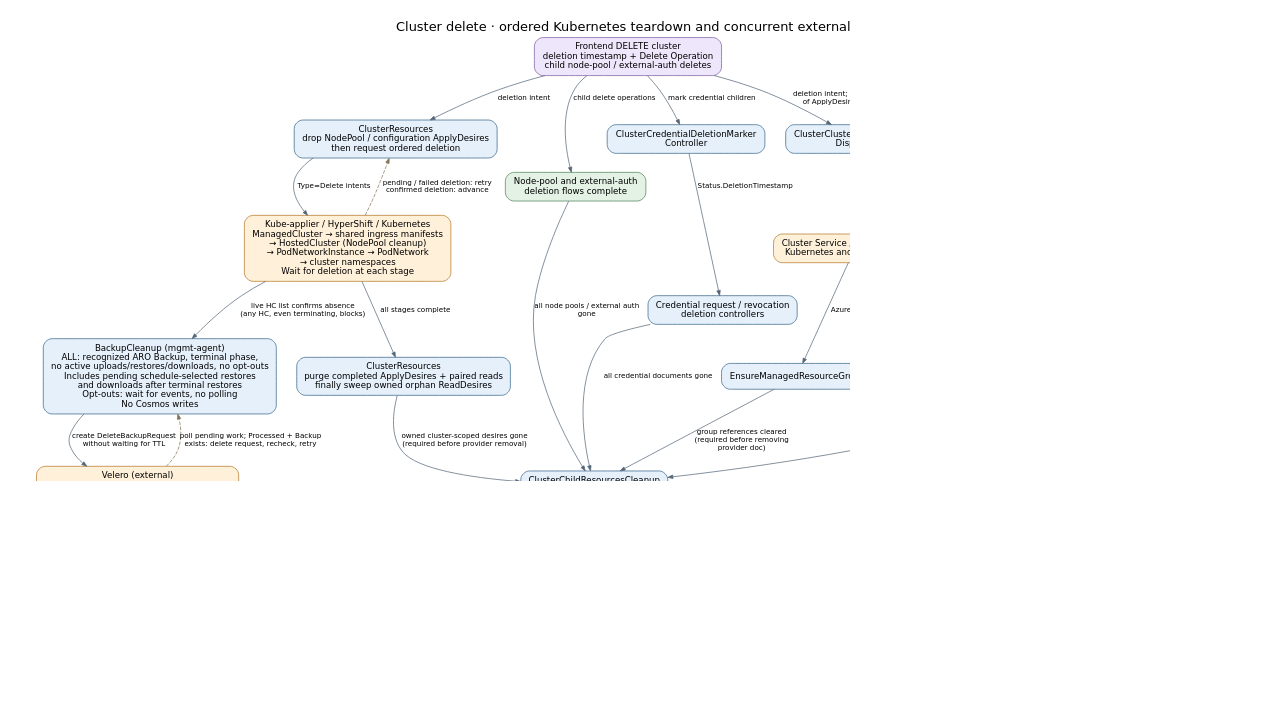
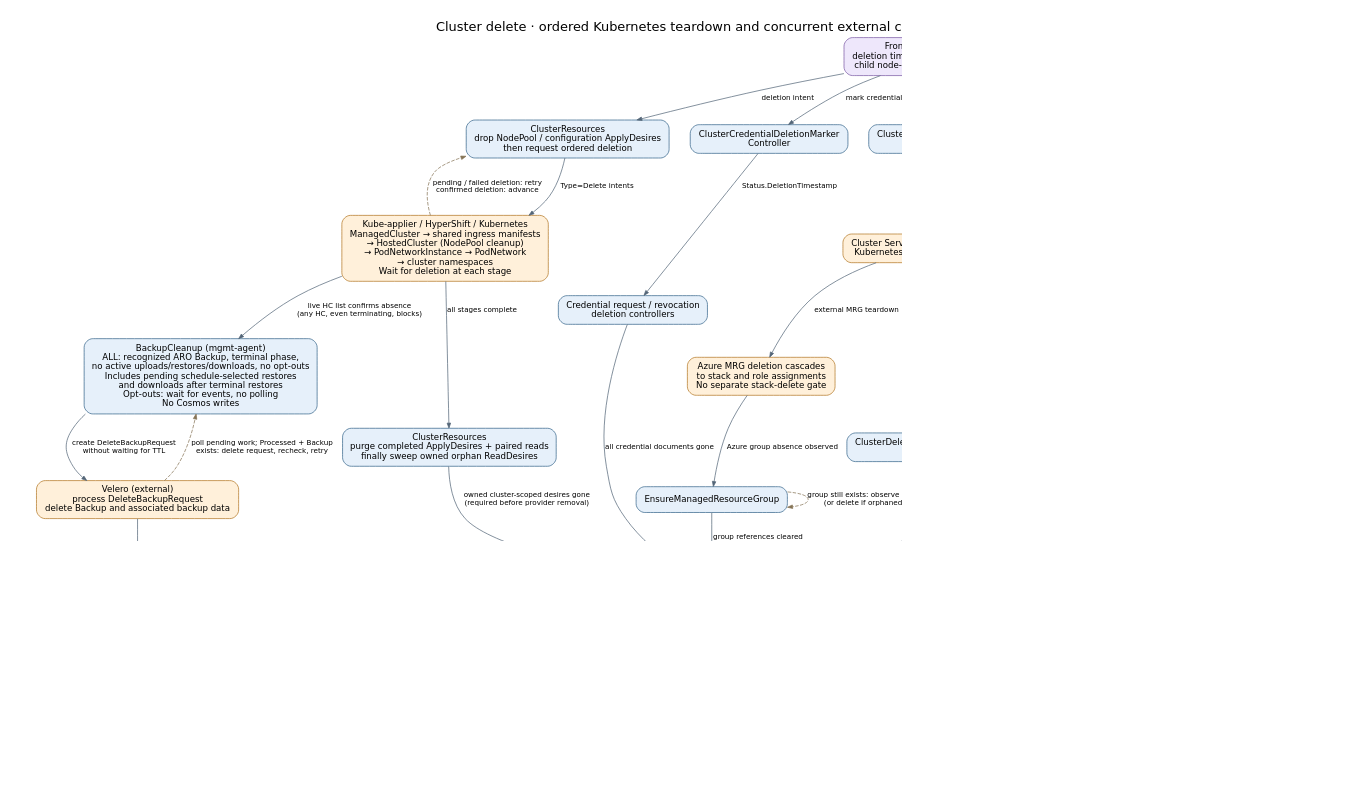
Before and after one commit to Azure/ARO-HCP: the diagram in docs/diagrams/controller-flows/cluster-delete.dot, drawn with Graphviz. The commit also changed 17 other files, not shown here.

Commit message:
refactor(backend): manage cluster role assignments with deployment stacks

```diff
--- a/docs/diagrams/controller-flows/cluster-delete.dot
+++ b/docs/diagrams/controller-flows/cluster-delete.dot
@@ -1,48 +1,54 @@
 digraph cluster_delete {
   graph [rankdir=TB, bgcolor="white", pad="0.3", nodesep="0.4", ranksep="0.55", fontname="DejaVu Sans", fontsize=18, labelloc=t, label="Cluster delete · ordered Kubernetes teardown and concurrent external cleanup", dpi=110];
   node [shape=box, style="rounded,filled", fillcolor="#e6f0fa", color="#35648a", fontname="DejaVu Sans", fontsize=12, margin="0.16,0.10"];
   edge [color="#536577", fontname="DejaVu Sans", fontsize=10, arrowsize=0.7];
   delete [label="Frontend DELETE cluster\ndeletion timestamp + Delete Operation\nchild node-pool / external-auth deletes", fillcolor="#eee7fb", color="#7b59a4"];
   resources [label="ClusterResources\ndrop NodePool / configuration ApplyDesires\nthen request ordered deletion", fillcolor="#e6f0fa", color="#35648a"];
   ordered [label="Kube-applier / HyperShift / Kubernetes\nManagedCluster → shared ingress manifests\n→ HostedCluster (NodePool cleanup)\n→ PodNetworkInstance → PodNetwork\n→ cluster namespaces\nWait for deletion at each stage", fillcolor="#fff0da", color="#b27624"];
   drained [label="ClusterResources\npurge completed ApplyDesires + paired reads\nfinally sweep owned orphan ReadDesires", fillcolor="#e6f0fa", color="#35648a"];
   dispatch [label="ClusterClusterServiceDelete\nDispatch", fillcolor="#e6f0fa", color="#35648a"];
   cs [label="Cluster Service / external cleanup\nKubernetes and Azure resources", fillcolor="#fff0da", color="#b27624"];
   clear [label="ClusterDeletionClusterServiceID\nClearer", fillcolor="#e6f0fa", color="#35648a"];
   marker [label="ClusterCredentialDeletionMarker\nController", fillcolor="#e6f0fa", color="#35648a"];
   credentials [label="Credential request / revocation\ndeletion controllers", fillcolor="#e6f0fa", color="#35648a"];
   children [label="Node-pool and external-auth\ndeletion flows complete", fillcolor="#e4f2e5", color="#4c8053"];
   group [label="EnsureManagedResourceGroup", fillcolor="#e6f0fa", color="#35648a"];
-  cleanup [label="ClusterChildResourcesCleanup\nController", fillcolor="#e6f0fa", color="#35648a"];
+  cleanup [label="ClusterChildResourcesCleanup\nController\nsweep remaining StackDesires", fillcolor="#e6f0fa", color="#35648a"];
   final [label="ClusterDeletionController", fillcolor="#e6f0fa", color="#35648a"];
   op [label="OperationClusterDelete", fillcolor="#e6f0fa", color="#35648a"];
   done [label="ARM Delete Operation Succeeded", fillcolor="#e4f2e5", color="#4c8053"];
   backups [label="BackupCleanup (mgmt-agent)\nALL: recognized ARO Backup, terminal phase,\nno active uploads/restores/downloads, no opt-outs\nIncludes pending schedule-selected restores\nand downloads after terminal restores\nOpt-outs: wait for events, no polling\nNo Cosmos writes", fillcolor="#e6f0fa", color="#35648a"];
   velero [label="Velero (external)\nprocess DeleteBackupRequest\ndelete Backup and associated backup data", fillcolor="#fff0da", color="#b27624"];
   retained [label="Backup absent: stop reconciling\nBackupRepositories retained for Kopia maintenance\nNot proof of repository GC; not an ARM gate", fillcolor="#e4f2e5", color="#4c8053"];
+  roles [label="IdentityRoleAssignments\npurge role-assignments StackDesire\nNo Azure calls / no Delete intent", fillcolor="#e6f0fa", color="#35648a"];
+  unmanaged [label="StackDesires stops future management\nAlready-submitted Azure work is not canceled", fillcolor="#e4f2e5", color="#4c8053"];
+  cascade [label="Azure MRG deletion cascades\nto stack and role assignments\nNo separate stack-delete gate", fillcolor="#fff0da", color="#b27624"];
+  delete -> roles [label="deletion intent"];
+  roles -> unmanaged [label="desire absent"];
+  cs -> cascade [label="external MRG teardown"];
   delete -> resources [label="deletion intent"];
   resources -> ordered [label="Type=Delete intents"];
   ordered -> resources [label="pending / failed deletion: retry\nconfirmed deletion: advance", style=dashed, color="#857456"];
   ordered -> drained [label="all stages complete"];
   drained -> cleanup [label="owned cluster-scoped desires gone\n(required before provider removal)"];
   delete -> dispatch [label="deletion intent; independent\nof ApplyDesire cleanup"];
   dispatch -> cs [label="DELETE; stamp dispatch\ntimestamp"];
   cs -> clear [label="GET reports not found"];
   ordered -> backups [label="live HC list confirms absence\n(any HC, even terminating, blocks)"];
   backups -> velero [label="create DeleteBackupRequest\nwithout waiting for TTL"];
   velero -> backups [label="poll pending work; Processed + Backup\nexists: delete request, recheck, retry", style=dashed, color="#857456"];
   velero -> retained [label="live Backup GET: NotFound"];
   delete -> marker [label="mark credential children"];
   marker -> credentials [label="Status.DeletionTimestamp"];
   delete -> children [label="child delete operations"];
-  cs -> group [label="Azure group absence observed"];
+  cascade -> group [label="Azure group absence observed"];
   clear -> cleanup [label="ClusterServiceID cleared"];
   credentials -> cleanup [label="all credential documents gone"];
   children -> cleanup [label="all node pools / external auth\ngone"];
   group -> cleanup [label="group references cleared\n(required before removing\nprovider doc)"];
   cleanup -> final [label="nested resources and intents\ngone"];
   final -> op [label="billing DeletionTime; cluster\ndoc deleted"];
   op -> done [label="document absence observed"];
   clear -> clear [label="external deletion pending", style=dashed, color="#857456", constraint=false];
   group -> group [label="group still exists: observe again\n(or delete if orphaned)", style=dashed, color="#857456", constraint=false];
 }
```
